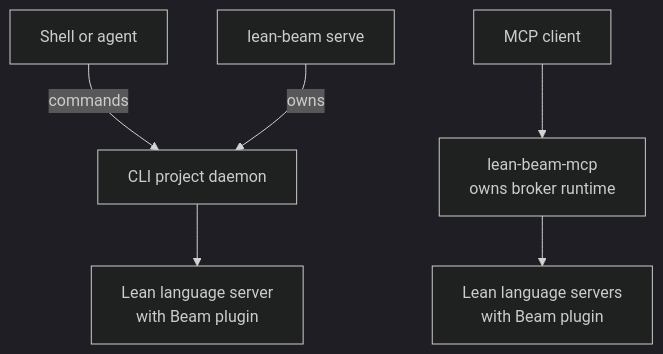
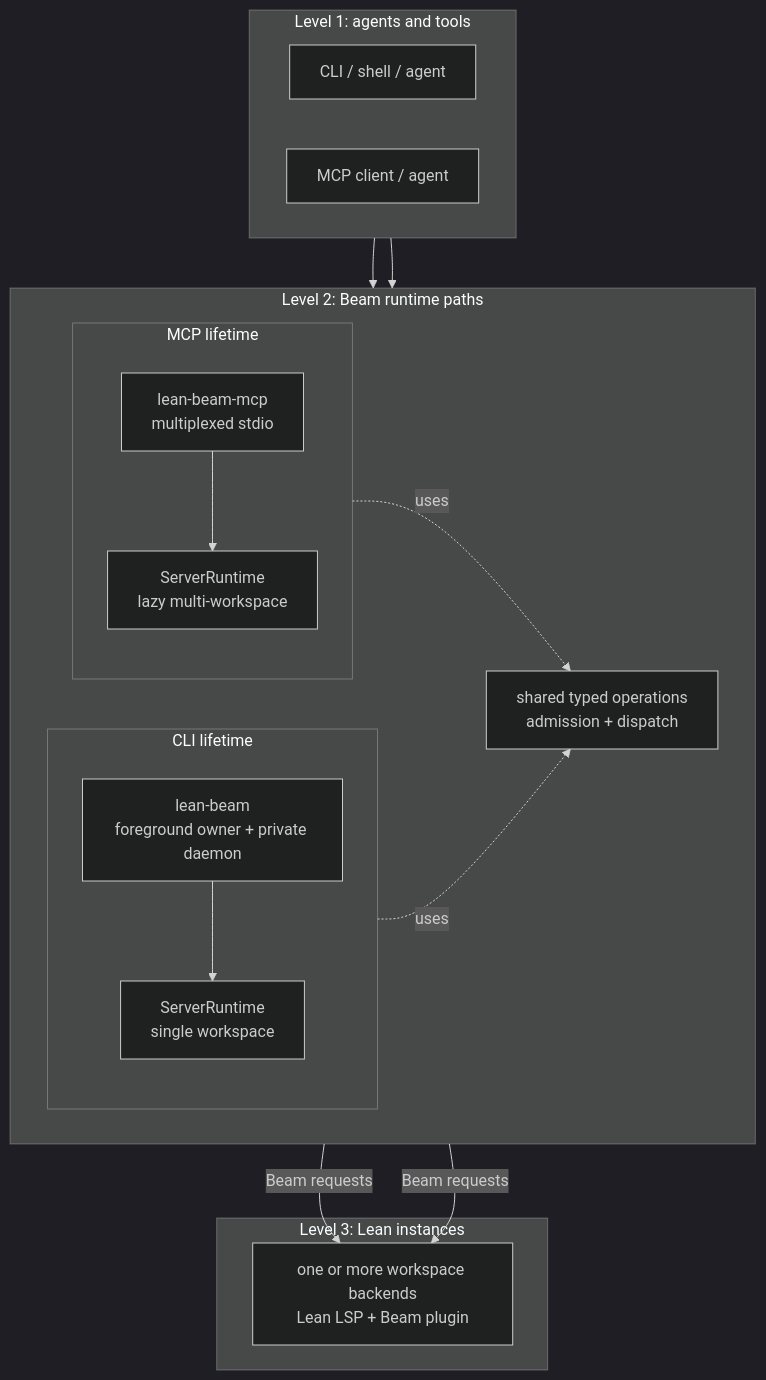
One commit to ejgallego/lean-beam-ci-macos changed the diagram in README.md. Above: the diagram before and after it, drawn with Mermaid (dark theme). The commit also changed other lines of this file and 2 other files, not shown here.

Commit message:
doc: combine README overview with landed agent setup

````diff
--- a/README.md
+++ b/README.md
@@ -93,9 +28,36 @@
 ```mermaid
 flowchart TB
-  cli["Shell or agent"] -- commands --> daemon["CLI project daemon"]
-  owner["lean-beam serve"] -- owns --> daemon
-  daemon --> cliLean["Lean language server<br/>with Beam plugin"]
+  subgraph level1["Level 1: agents and tools"]
+    direction LR
+    cli["CLI / shell / agent"]
+    mcp["MCP client / agent"]
+  end
 
-  client["MCP client"] --> mcp["lean-beam-mcp<br/>owns broker runtime"]
-  mcp --> mcpLean["Lean language servers<br/>with Beam plugin"]
+  subgraph level2["Level 2: Beam runtime paths"]
+    direction LR
+    subgraph cliOwner["CLI lifetime"]
+      direction TB
+      cliAdapter["lean-beam<br/>foreground owner + private daemon"]
+      cliRuntime["ServerRuntime<br/>single workspace"]
+      cliAdapter --> cliRuntime
+    end
+    shared["shared typed operations<br/>admission + dispatch"]
+    subgraph mcpOwner["MCP lifetime"]
+      direction TB
+      mcpAdapter["lean-beam-mcp<br/>multiplexed stdio"]
+      mcpRuntime["ServerRuntime<br/>lazy multi-workspace"]
+      mcpAdapter --> mcpRuntime
+    end
+  end
+
+  subgraph level3["Level 3: Lean instances"]
+    backends["one or more workspace backends<br/>Lean LSP + Beam plugin"]
+  end
+
+  cli --> cliAdapter
+  mcp --> mcpAdapter
+  cliRuntime -. uses .-> shared
+  mcpRuntime -. uses .-> shared
+  cliRuntime -- Beam requests --> backends
+  mcpRuntime -- Beam requests --> backends
 ```
````
